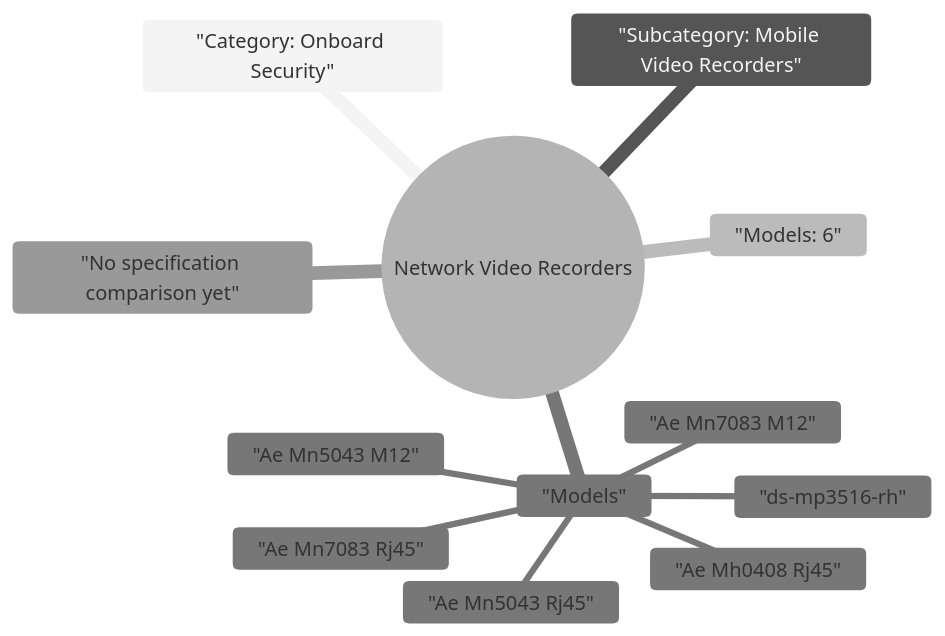
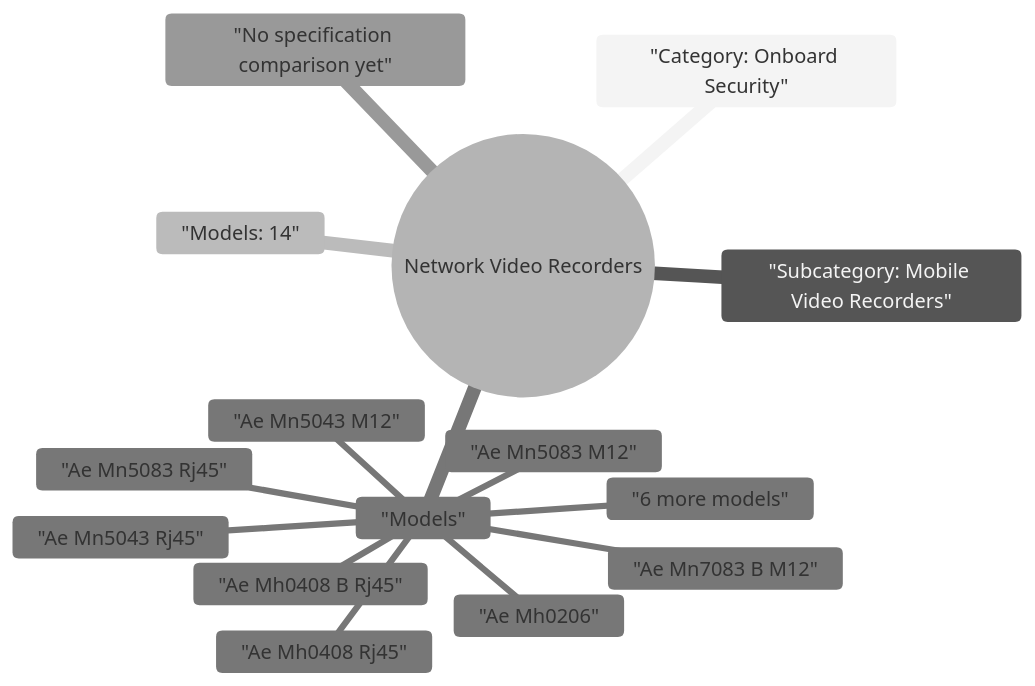
The diagram in site/mindmaps/en-onboard-security-mobile-video-recorders-network-video-recorders.mmd (123321step/hikvision-product-map), drawn with Mermaid (neutral theme) before and after one commit. The commit also changed 136 other files, not shown here.

```diff
--- a/site/mindmaps/en-onboard-security-mobile-video-recorders-network-video-recorders.mmd
+++ b/site/mindmaps/en-onboard-security-mobile-video-recorders-network-video-recorders.mmd
@@ -1,13 +1,16 @@
 mindmap
   root(("Network Video Recorders"))
     "Category: Onboard Security"
     "Subcategory: Mobile Video Recorders"
-    "Models: 6"
+    "Models: 14"
     "Models"
+      "Ae Mh0206"
+      "Ae Mh0408 B Rj45"
       "Ae Mh0408 Rj45"
       "Ae Mn5043 M12"
       "Ae Mn5043 Rj45"
-      "Ae Mn7083 M12"
-      "Ae Mn7083 Rj45"
-      "ds-mp3516-rh"
+      "Ae Mn5083 M12"
+      "Ae Mn5083 Rj45"
+      "Ae Mn7083 B M12"
+      "6 more models"
     "No specification comparison yet"
```
